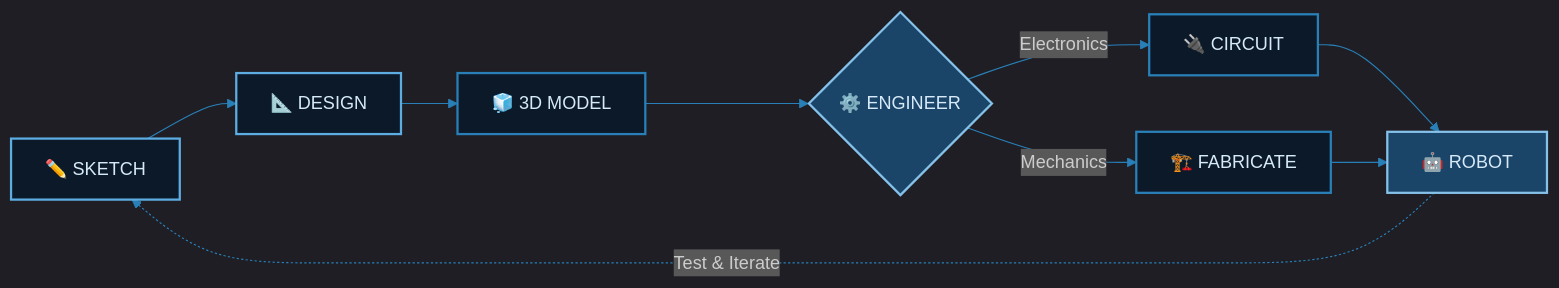
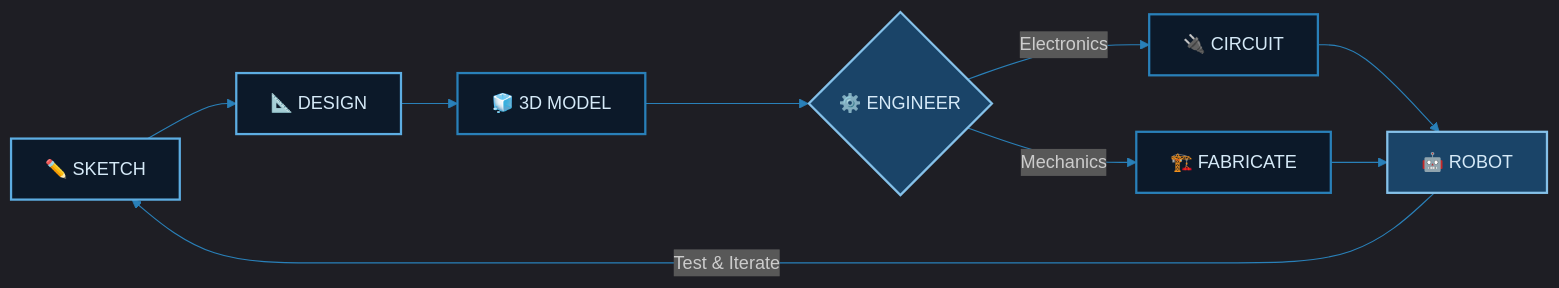
One commit to nasblor/nasblor changed the third of 4 diagrams in readme.md. Above: the diagram before and after it, drawn with Mermaid. The commit also changed other lines of this file, not shown here.

````diff
--- a/readme.md
+++ b/readme.md
@@ -150,16 +162,16 @@
 ```mermaid
 %%{init: {'theme':'dark','themeVariables':{'primaryColor':'#5dade2','primaryTextColor':'#0a0e1a','lineColor':'#2980b9','secondaryColor':'#0c1929','tertiaryColor':'#0a0e1a'}}}%%
 flowchart LR
     A["✏️ SKETCH"]:::s1 --> B["📐 DESIGN"]:::s1
     B --> C["🧊 3D MODEL"]:::s2
     C --> D{"⚙️ ENGINEER"}:::s3
     D -->|Electronics| E["🔌 CIRCUIT"]:::s2
     D -->|Mechanics| F["🏗️ FABRICATE"]:::s2
     E --> G["🤖 ROBOT"]:::s3
     F --> G
-    G -.->|Test & Iterate| A
+    G -->|Test & Iterate| A
 
     classDef s1 fill:#0c1929,stroke:#5dade2,color:#d6eaf8,stroke-width:2px
     classDef s2 fill:#0c1929,stroke:#2980b9,color:#d6eaf8,stroke-width:2px
     classDef s3 fill:#1a4468,stroke:#85c1e9,color:#d6eaf8,stroke-width:2px
 ```
````
